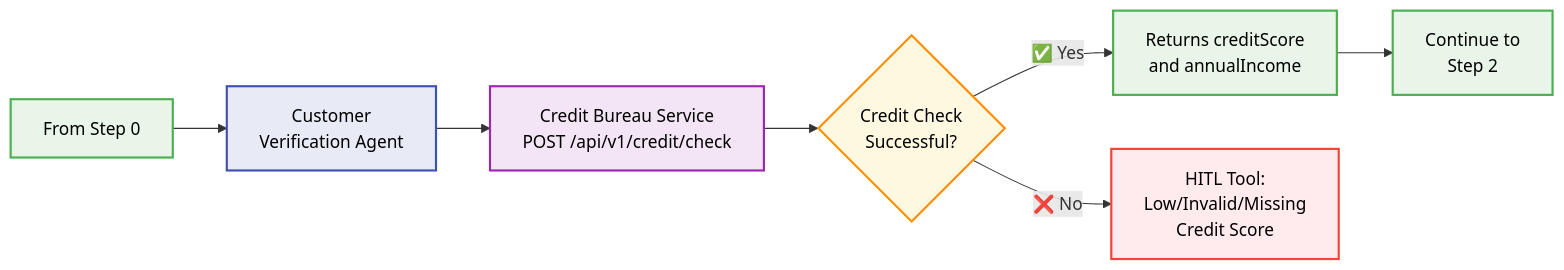
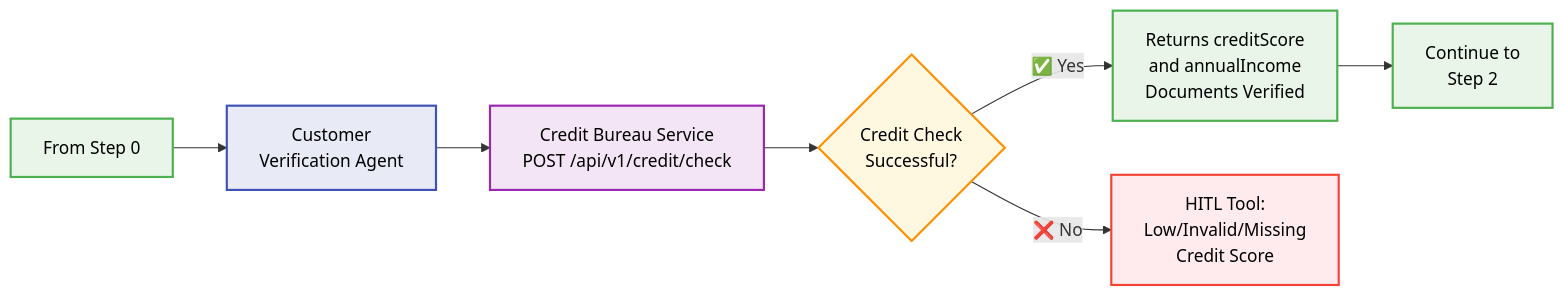
Before and after one commit to rjtmahinay/loan-application-demo-docs: the third of 7 diagrams in DEMO-FLOW.md, drawn with Mermaid. The commit also changed other lines of this file, not shown here.

First line of the commit message:
docs: update Loan Application Demo flow document

````diff
--- a/DEMO-FLOW.md
+++ b/DEMO-FLOW.md
@@ -55,25 +55,25 @@
 ```mermaid
 flowchart LR
     PrevStep[From Step 0] --> CVA[Customer<br/>Verification Agent]
     CVA --> Credit_API[Credit Bureau Service<br/>POST /api/v1/credit/check]
     
     Credit_API --> Credit_Success{Credit Check<br/>Successful?}
-    Credit_Success -->|✅ Yes| Success[Returns creditScore<br/>and annualIncome<br/>]
+    Credit_Success -->|✅ Yes| Success[Returns creditScore<br/>and annualIncome<br/>Documents Verified]
     Credit_Success -->|❌ No| HITL_Credit[HITL Tool:<br/>Low/Invalid/Missing<br/>Credit Score]
     
     Success --> NextStep[Continue to<br/>Step 2]
     
     %% Styling
     classDef agent fill:#e8eaf6,stroke:#3f51b5,stroke-width:2px,color:#000000
     classDef api fill:#f3e5f5,stroke:#9c27b0,stroke-width:2px,color:#000000
     classDef decision fill:#fff8e1,stroke:#ff8f00,stroke-width:2px,color:#000000
     classDef success fill:#e8f5e8,stroke:#4caf50,stroke-width:2px,color:#000000
     classDef failure fill:#ffebee,stroke:#f44336,stroke-width:2px,color:#000000
     classDef process fill:#e3f2fd,stroke:#2196f3,stroke-width:2px,color:#000000
     
     class CVA agent
     class Credit_API api
     class Credit_Success decision
     class Success,NextStep,PrevStep success
     class HITL_Credit failure
 ```
````
